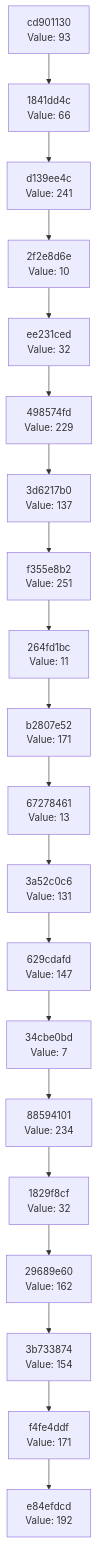
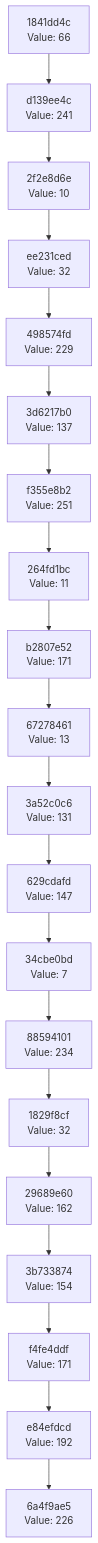
One commit to Abhisheksinha1506/hash-chain-evolver changed the diagram in docs/CHAIN_VISUALIZATION.md. Above: the diagram before and after it, drawn with Mermaid. The commit also changed 2 other files, not shown here.

Commit message:
Evolution step: hash 0xE2 → action executed

````diff
--- a/docs/CHAIN_VISUALIZATION.md
+++ b/docs/CHAIN_VISUALIZATION.md
@@ -3,42 +3,42 @@
 ```mermaid
 graph TD
-    C0["e84efdcd<br/>Value: 192"]
-    C1["f4fe4ddf<br/>Value: 171"]
+    C0["6a4f9ae5<br/>Value: 226"]
+    C1["e84efdcd<br/>Value: 192"]
     C1 --> C0
-    C2["3b733874<br/>Value: 154"]
+    C2["f4fe4ddf<br/>Value: 171"]
     C2 --> C1
-    C3["29689e60<br/>Value: 162"]
+    C3["3b733874<br/>Value: 154"]
     C3 --> C2
-    C4["1829f8cf<br/>Value: 32"]
+    C4["29689e60<br/>Value: 162"]
     C4 --> C3
-    C5["88594101<br/>Value: 234"]
+    C5["1829f8cf<br/>Value: 32"]
     C5 --> C4
-    C6["34cbe0bd<br/>Value: 7"]
+    C6["88594101<br/>Value: 234"]
     C6 --> C5
-    C7["629cdafd<br/>Value: 147"]
+    C7["34cbe0bd<br/>Value: 7"]
     C7 --> C6
-    C8["3a52c0c6<br/>Value: 131"]
+    C8["629cdafd<br/>Value: 147"]
     C8 --> C7
-    C9["67278461<br/>Value: 13"]
+    C9["3a52c0c6<br/>Value: 131"]
     C9 --> C8
-    C10["b2807e52<br/>Value: 171"]
+    C10["67278461<br/>Value: 13"]
     C10 --> C9
-    C11["264fd1bc<br/>Value: 11"]
+    C11["b2807e52<br/>Value: 171"]
     C11 --> C10
-    C12["f355e8b2<br/>Value: 251"]
+    C12["264fd1bc<br/>Value: 11"]
     C12 --> C11
-    C13["3d6217b0<br/>Value: 137"]
+    C13["f355e8b2<br/>Value: 251"]
     C13 --> C12
-    C14["498574fd<br/>Value: 229"]
+    C14["3d6217b0<br/>Value: 137"]
     C14 --> C13
-    C15["ee231ced<br/>Value: 32"]
+    C15["498574fd<br/>Value: 229"]
     C15 --> C14
-    C16["2f2e8d6e<br/>Value: 10"]
+    C16["ee231ced<br/>Value: 32"]
     C16 --> C15
-    C17["d139ee4c<br/>Value: 241"]
+    C17["2f2e8d6e<br/>Value: 10"]
     C17 --> C16
-    C18["1841dd4c<br/>Value: 66"]
+    C18["d139ee4c<br/>Value: 241"]
     C18 --> C17
-    C19["cd901130<br/>Value: 93"]
+    C19["1841dd4c<br/>Value: 66"]
     C19 --> C18
 ```
````
